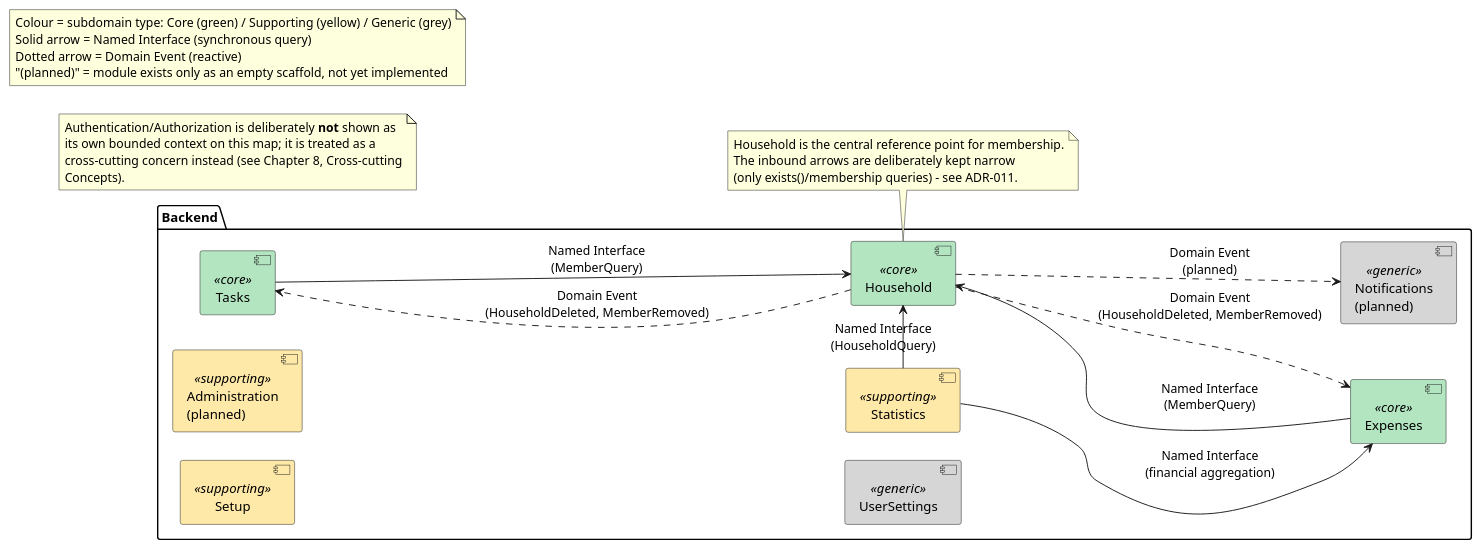
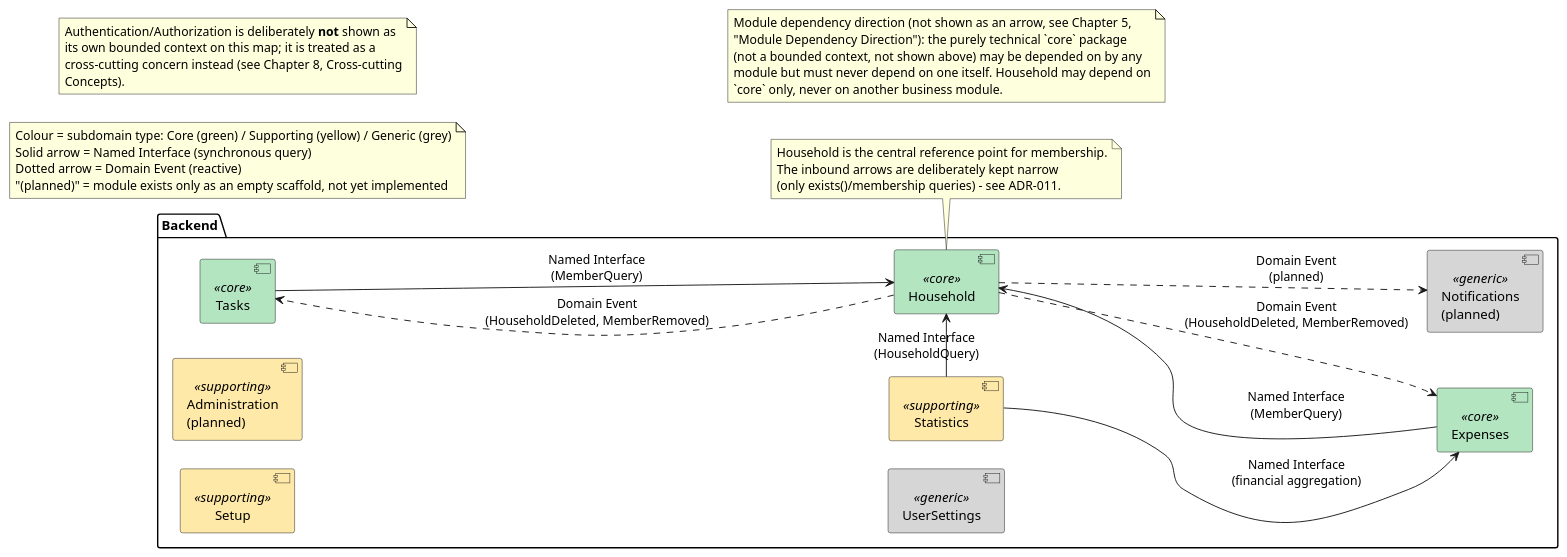
The diagram in docs/architecture/images/context_map.puml (Nicklas2751/LibreHousehold), drawn with PlantUML before and after one commit. The commit also changed 5 other files, not shown here.

Commit message:
doc(auth): Doc the module dependency direction & plan the impl of local account login

```diff
--- a/docs/architecture/images/context_map.puml
+++ b/docs/architecture/images/context_map.puml
@@ -1,52 +1,60 @@
 @startuml
 left to right direction
 skinparam componentFontColor automatic
 skinparam component {
   backgroundColor<<core>> #B3E5C1
   backgroundColor<<supporting>> #FFE9A8
   backgroundColor<<generic>> #D6D6D6
 }
 skinparam nodesep 30
 skinparam ranksep 40
 
 package "Backend" {
     component "Household" <<core>> as household
     component "Tasks" <<core>> as tasks
     component "Expenses" <<core>> as expenses
     component "Statistics" <<supporting>> as statistics
     component "Setup" <<supporting>> as setup
     component "Administration\n(planned)" <<supporting>> as administration
     component "UserSettings" <<generic>> as usersettings
     component "Notifications\n(planned)" <<generic>> as notifications
 }
 
 tasks -> household : Named Interface\n(MemberQuery)
 expenses -> household : Named Interface\n(MemberQuery)
 statistics -> household : Named Interface\n(HouseholdQuery)
 statistics -> expenses : Named Interface\n(financial aggregation)
 
 household ..> tasks : Domain Event\n(HouseholdDeleted, MemberRemoved)
 household ..> expenses : Domain Event\n(HouseholdDeleted, MemberRemoved)
 household ..> notifications : Domain Event\n(planned)
 
 note bottom of household
   Household is the central reference point for membership.
   The inbound arrows are deliberately kept narrow
   (only exists()/membership queries) - see ADR-011.
 end note
 
 note as N1
   Authentication/Authorization is deliberately **not** shown as
   its own bounded context on this map; it is treated as a
   cross-cutting concern instead (see Chapter 8, Cross-cutting
   Concepts).
 end note
 
 note as N2
   Colour = subdomain type: Core (green) / Supporting (yellow) / Generic (grey)
   Solid arrow = Named Interface (synchronous query)
   Dotted arrow = Domain Event (reactive)
   "(planned)" = module exists only as an empty scaffold, not yet implemented
 end note
 
+note as N3
+  Module dependency direction (not shown as an arrow, see Chapter 5,
+  "Module Dependency Direction"): the purely technical `core` package
+  (not a bounded context, not shown above) may be depended on by any
+  module but must never depend on one itself. Household may depend on
+  `core` only, never on another business module.
+end note
+
 @enduml
```
